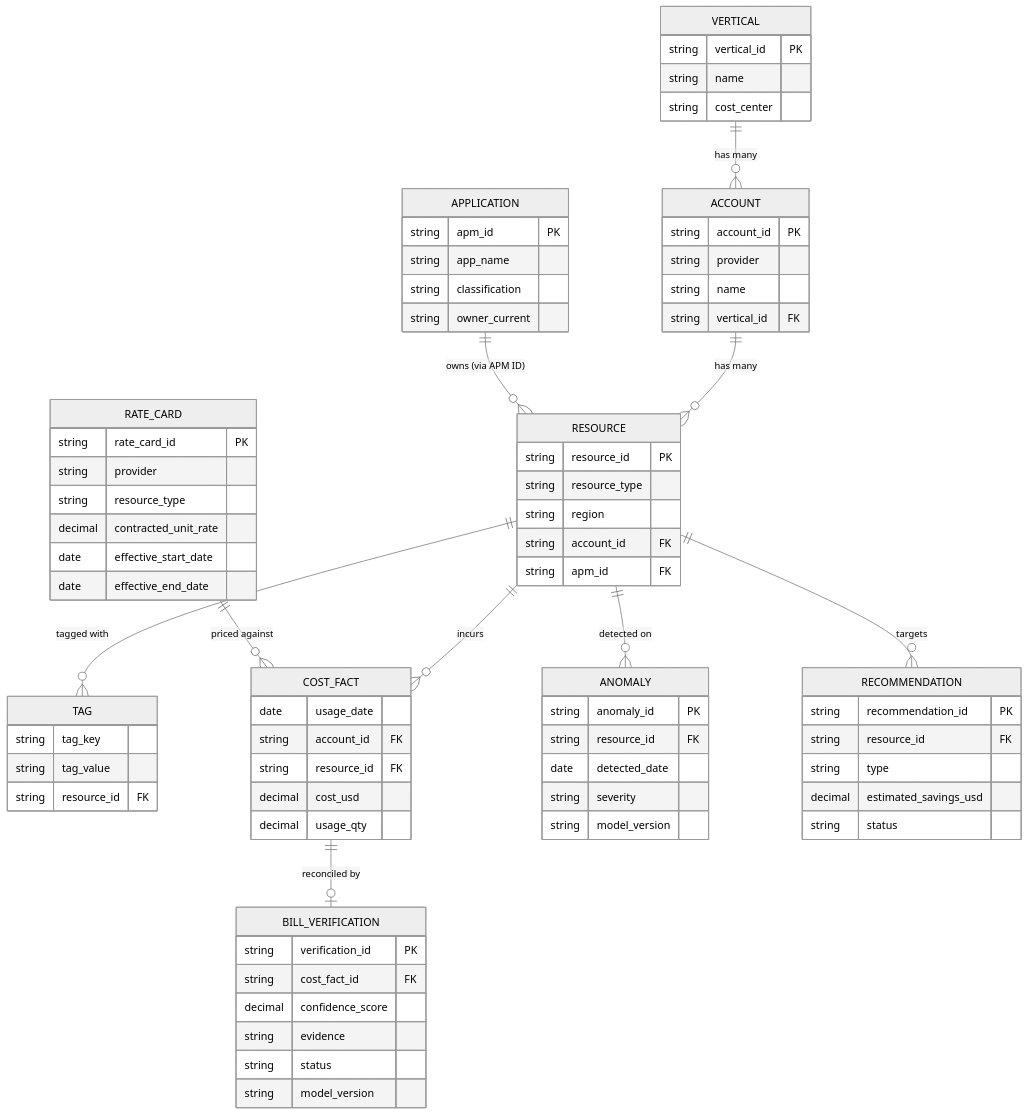
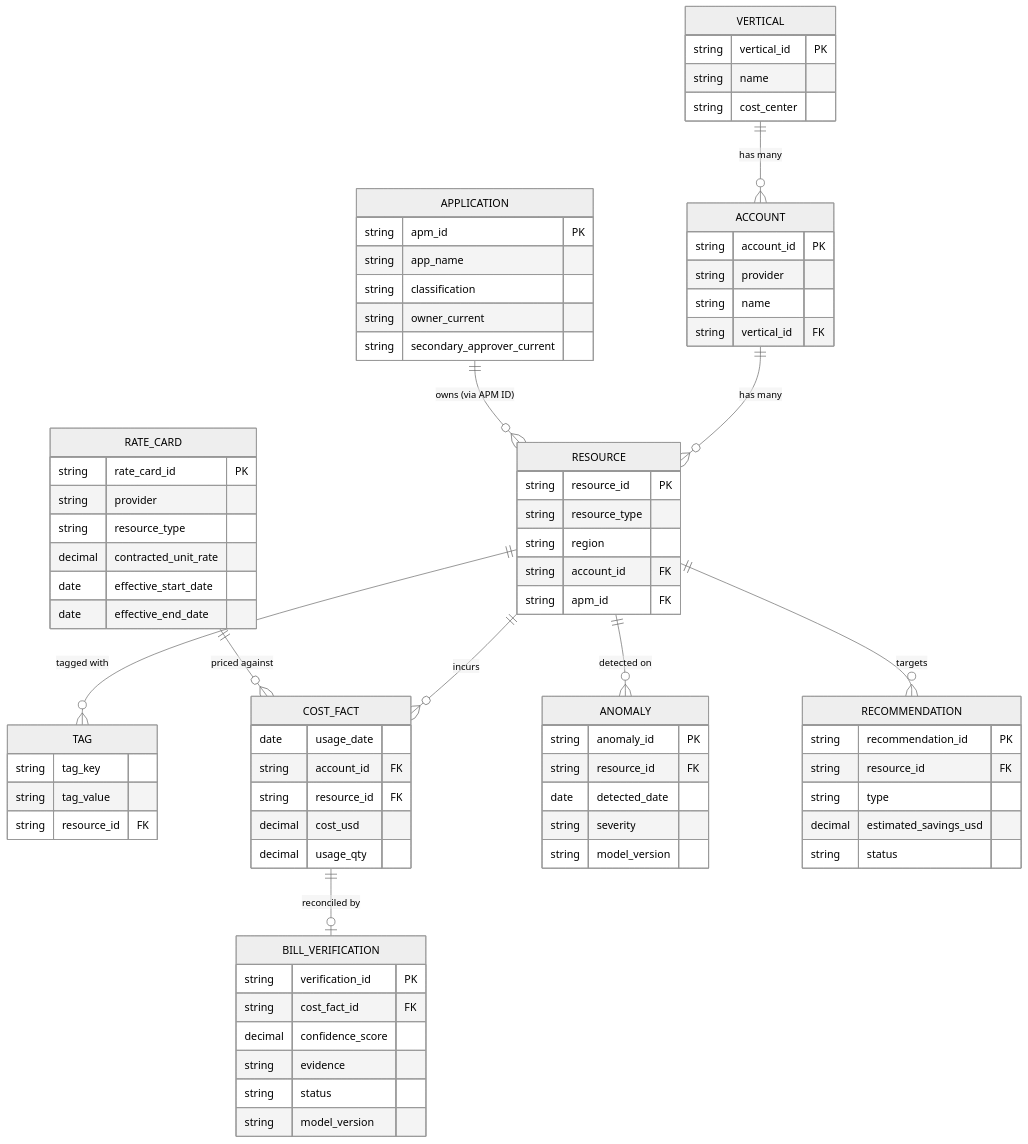
One commit to mbnest/finops-intelligence-platform changed the second of 2 diagrams in docs/Solution_Architecture_Data_Foundations.md. Above: the diagram before and after it, drawn with Mermaid (neutral theme). The commit also changed other lines of this file and 2 other files, not shown here.

````diff
--- a/docs/Solution_Architecture_Data_Foundations.md
+++ b/docs/Solution_Architecture_Data_Foundations.md
@@ -115,79 +115,80 @@
 ```mermaid
 erDiagram
     VERTICAL ||--o{ ACCOUNT : "has many"
     ACCOUNT ||--o{ RESOURCE : "has many"
     APPLICATION ||--o{ RESOURCE : "owns (via APM ID)"
     RESOURCE ||--o{ TAG : "tagged with"
     RESOURCE ||--o{ COST_FACT : "incurs"
     RESOURCE ||--o{ ANOMALY : "detected on"
     RESOURCE ||--o{ RECOMMENDATION : "targets"
     RATE_CARD ||--o{ COST_FACT : "priced against"
     COST_FACT ||--o| BILL_VERIFICATION : "reconciled by"
 
     VERTICAL {
         string vertical_id PK
         string name
         string cost_center
     }
     ACCOUNT {
         string account_id PK
         string provider
         string name
         string vertical_id FK
     }
     APPLICATION {
         string apm_id PK
         string app_name
         string classification
         string owner_current
+        string secondary_approver_current
     }
     RESOURCE {
         string resource_id PK
         string resource_type
         string region
         string account_id FK
         string apm_id FK
     }
     TAG {
         string tag_key
         string tag_value
         string resource_id FK
     }
     COST_FACT {
         date usage_date
         string account_id FK
         string resource_id FK
         decimal cost_usd
         decimal usage_qty
     }
     ANOMALY {
         string anomaly_id PK
         string resource_id FK
         date detected_date
         string severity
         string model_version
     }
     RECOMMENDATION {
         string recommendation_id PK
         string resource_id FK
         string type
         decimal estimated_savings_usd
         string status
     }
     RATE_CARD {
         string rate_card_id PK
         string provider
         string resource_type
         decimal contracted_unit_rate
         date effective_start_date
         date effective_end_date
     }
     BILL_VERIFICATION {
         string verification_id PK
         string cost_fact_id FK
         decimal confidence_score
         string evidence
         string status
         string model_version
     }
 ```
````
